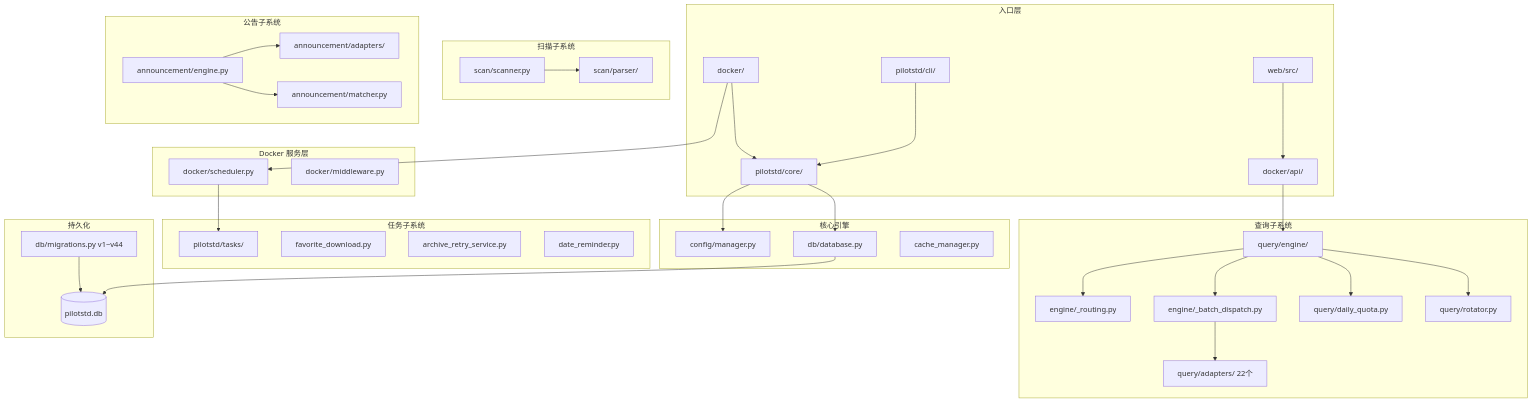
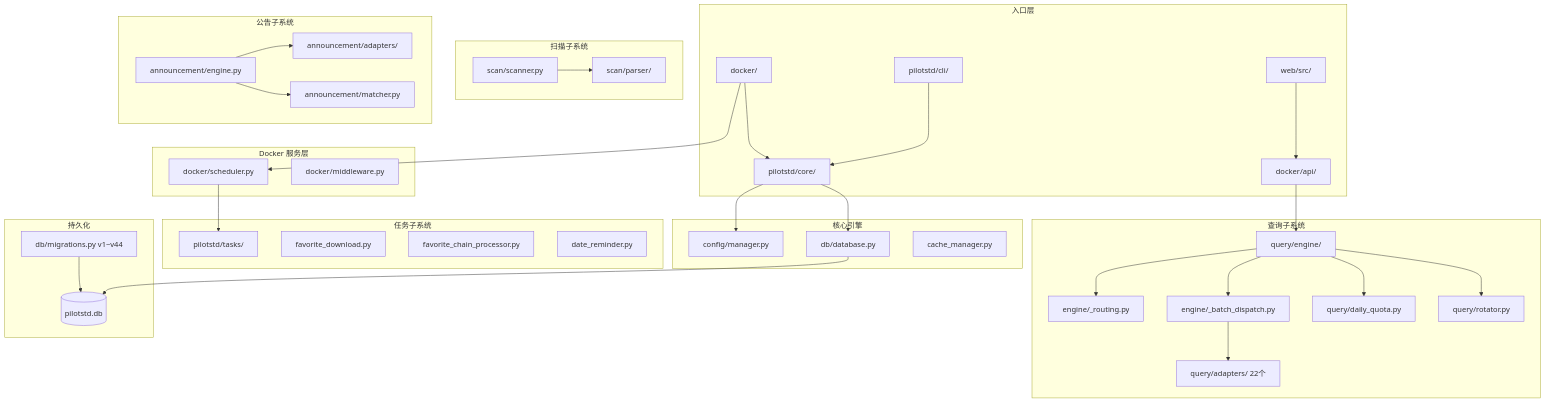
Before and after one commit to leanmore/PilotStd: the diagram in docs/architecture/overview.md, drawn with Mermaid. The commit also changed other lines of this file and 12 other files, not shown here.

First line of the commit message:
refactor(favorite): 删除死代码 archive_retry_service 并同步文档

````diff
--- a/docs/architecture/overview.md
+++ b/docs/architecture/overview.md
@@ -19,69 +19,69 @@
 ```mermaid
 graph TD
     subgraph "入口层"
         CLI[pilotstd/cli/] --> Core
         Docker[docker/] --> Core
         Web[web/src/] --> DockerAPI
     end
 
     subgraph "Docker 服务层"
         DockerAPI[docker/api/]
         Scheduler[docker/scheduler.py]
         Middleware[docker/middleware.py]
     end
 
     subgraph "核心引擎"
         Core[pilotstd/core/]
         Config[config/manager.py]
         DB[db/database.py]
         Cache[cache_manager.py]
     end
 
     subgraph "查询子系统"
         QueryEngine[query/engine/]
         Adapters[query/adapters/ 22个]
         Routing[engine/_routing.py]
         Bucket[engine/_batch_dispatch.py]
         Quota[query/daily_quota.py]
         Rotator[query/rotator.py]
     end
 
     subgraph "扫描子系统"
         Scanner[scan/scanner.py]
         Parser[scan/parser/]
     end
 
     subgraph "公告子系统"
         AnnounceEngine[announcement/engine.py]
         SAMRAdapters[announcement/adapters/]
         Matcher[announcement/matcher.py]
     end
 
     subgraph "任务子系统"
         Tasks[pilotstd/tasks/]
         FavoriteDL[favorite_download.py]
-        ArchiveRetry[archive_retry_service.py]
+        ChainProc[favorite_chain_processor.py]
         DateReminder[date_reminder.py]
     end
 
     subgraph "持久化"
         SQLiteDB[(pilotstd.db)]
         Migrations[db/migrations.py v1~v44]
     end
 
     Docker --> Scheduler
     Scheduler --> Tasks
     DockerAPI --> QueryEngine
     QueryEngine --> Routing
     QueryEngine --> Bucket
     QueryEngine --> Quota
     QueryEngine --> Rotator
     Bucket --> Adapters
     Scanner --> Parser
     AnnounceEngine --> SAMRAdapters
     AnnounceEngine --> Matcher
     Core --> Config
     Core --> DB
     DB --> SQLiteDB
     Migrations --> SQLiteDB
 ```
````
